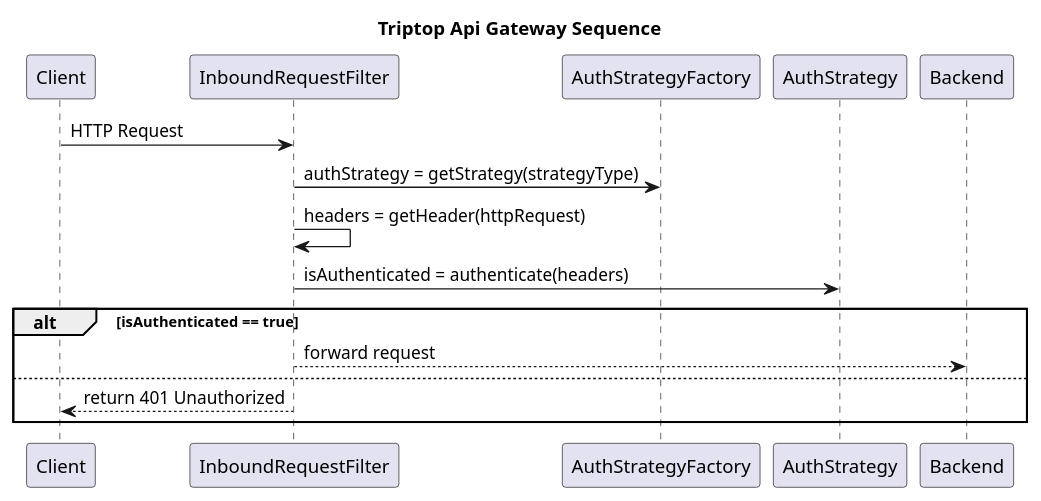
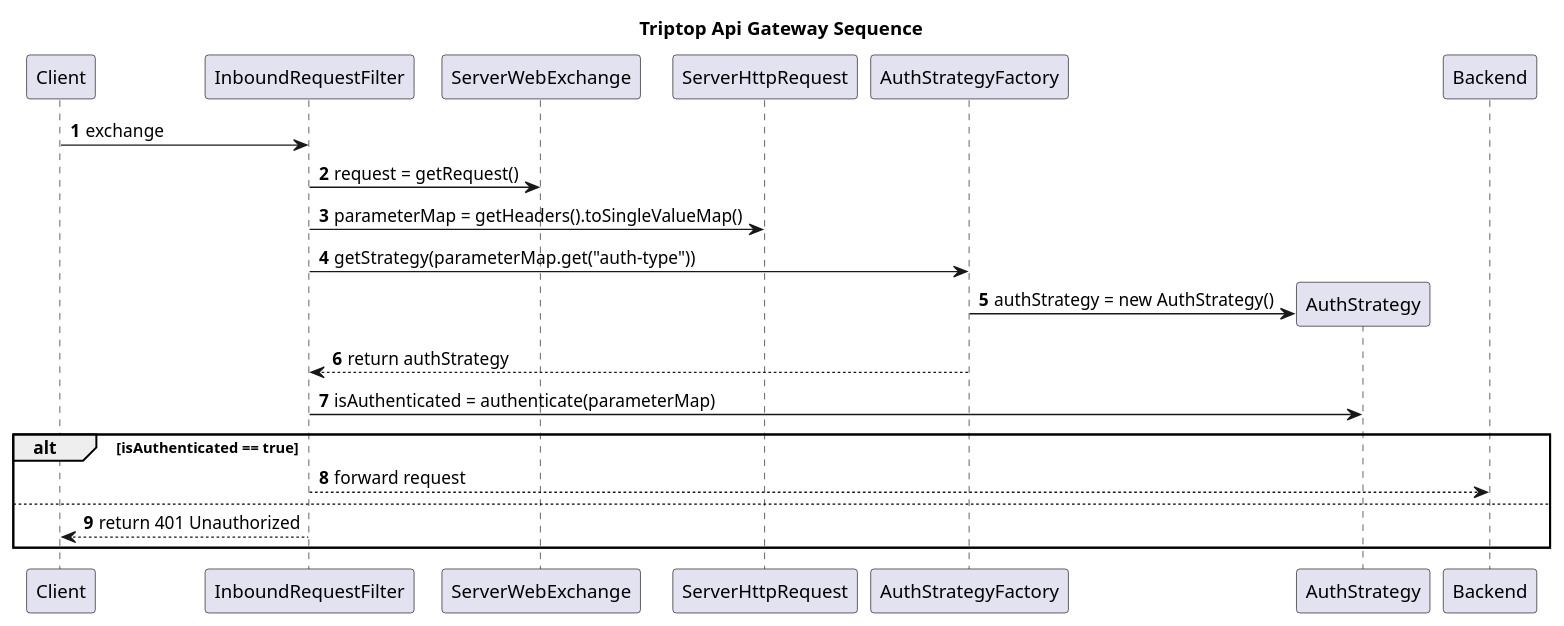
One commit to AIM-ENE-feb25/triptop-groep-1-met-third-wheel changed the diagram in individueel/diagram/sequence/Simon-TripTopSequenceDiagram.puml. Above: the diagram before and after it, drawn with PlantUML. The commit also changed 13 other files, not shown here.

Commit message:
Update diagrammen + SGB

```diff
--- a/individueel/diagram/sequence/Simon-TripTopSequenceDiagram.puml
+++ b/individueel/diagram/sequence/Simon-TripTopSequenceDiagram.puml
@@ -1,25 +1,33 @@
 @startuml
 title Triptop Api Gateway Sequence
 
+autonumber
+
 participant "Client" as client
 participant "InboundRequestFilter" as filter
+participant "ServerWebExchange" as exchange
+participant "ServerHttpRequest" as request
 participant "AuthStrategyFactory" as factory
-participant "AuthStrategy" as strategy
 
-client -> filter: HTTP Request
+client -> filter: exchange
 
-filter -> factory: authStrategy = getStrategy(strategyType)
+filter -> exchange: request = getRequest()
 
-filter -> filter: headers = getHeader(httpRequest)
+filter -> request: parameterMap = getHeaders().toSingleValueMap()
 
-filter -> strategy: isAuthenticated = authenticate(headers)
+filter -> factory: getStrategy(parameterMap.get("auth-type"))
+
+create participant "AuthStrategy" as strategy
+factory -> strategy: authStrategy = new AuthStrategy()
+
+factory --> filter: return authStrategy 
+
+filter -> strategy: isAuthenticated = authenticate(parameterMap)
 
 alt isAuthenticated == true
     filter --> Backend: forward request
 else
     filter --> client: return 401 Unauthorized
 end
 
-deactivate filter
-
 @enduml
```
